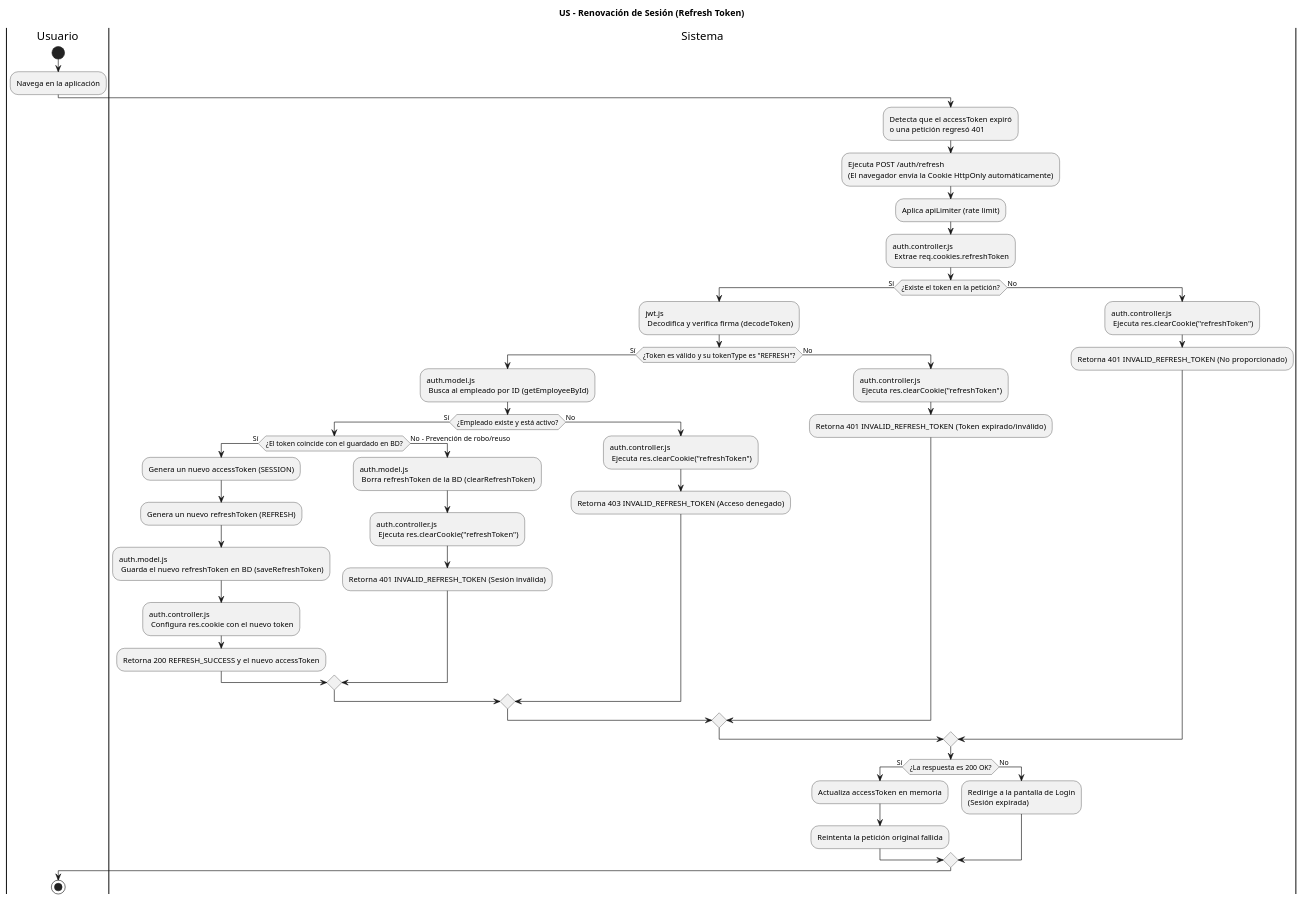
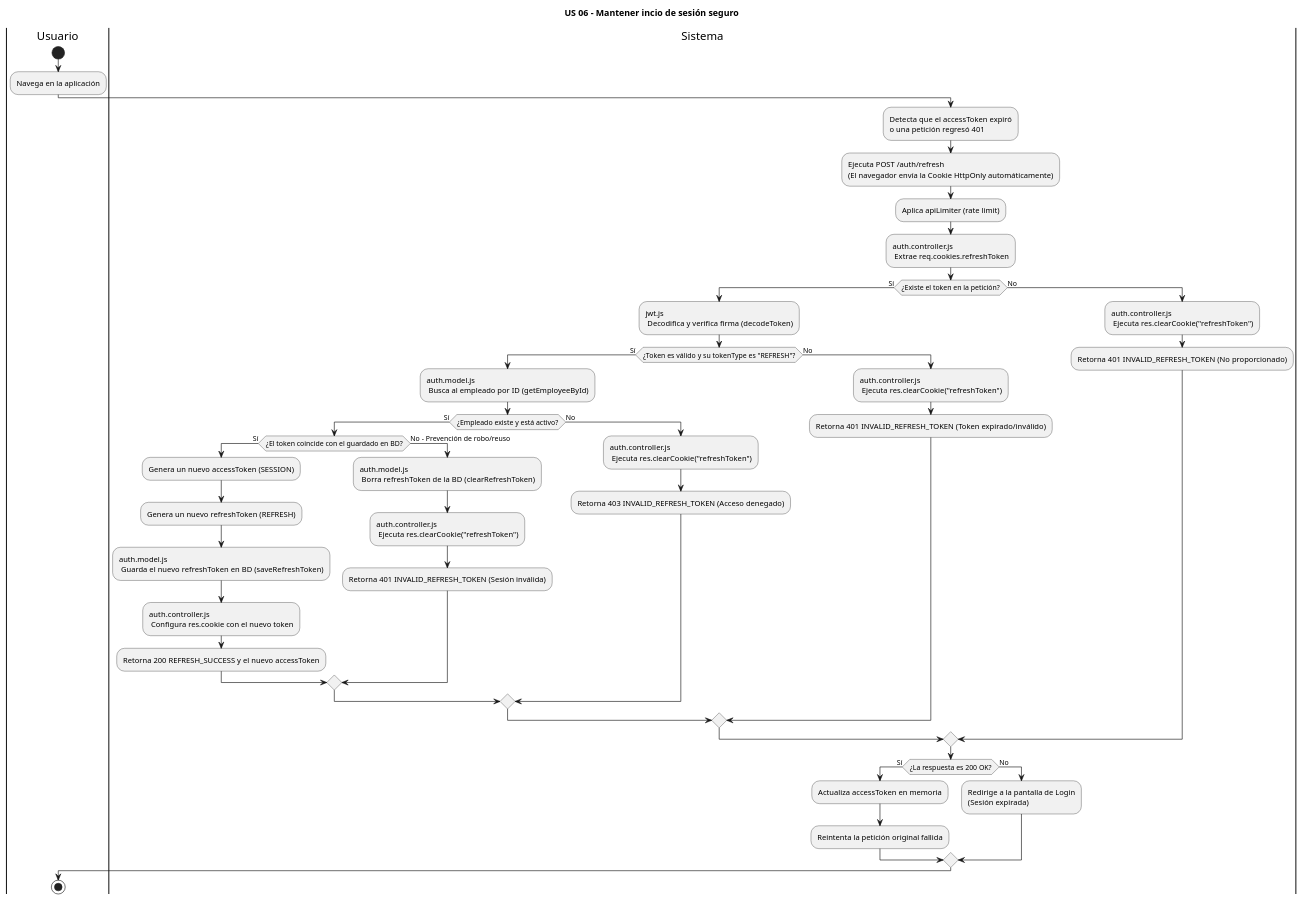
One commit to AztlanConsulting/RCHQ-Back changed the diagram in diagrams/Activity diagram/US06.puml. Above: the diagram before and after it, drawn with PlantUML.

Commit message:
fix: se corrige título del diagrama de actividad

```diff
--- a/diagrams/Activity diagram/US06.puml
+++ b/diagrams/Activity diagram/US06.puml
@@ -1,52 +1,51 @@
 @startuml
-title US - Renovación de Sesión (Refresh Token)
-
+title US 06 - Mantener incio de sesión seguro
 |Usuario|
 start
 :Navega en la aplicación;
 
 |Sistema|
 :Detecta que el accessToken expiró\no una petición regresó 401;
 :Ejecuta POST /auth/refresh\n(El navegador envía la Cookie HttpOnly automáticamente);
 :Aplica apiLimiter (rate limit);
 :auth.controller.js \n Extrae req.cookies.refreshToken;
 
 if (¿Existe el token en la petición?) then (Sí)
     :jwt.js \n Decodifica y verifica firma (decodeToken);
     if (¿Token es válido y su tokenType es "REFRESH"?) then (Sí)
         :auth.model.js \n Busca al empleado por ID (getEmployeeById);
         if (¿Empleado existe y está activo?) then (Sí)
             if (¿El token coincide con el guardado en BD?) then (Sí)
                 :Genera un nuevo accessToken (SESSION);
                 :Genera un nuevo refreshToken (REFRESH);
                 :auth.model.js \n Guarda el nuevo refreshToken en BD (saveRefreshToken);
                 :auth.controller.js \n Configura res.cookie con el nuevo token;
                 :Retorna 200 REFRESH_SUCCESS y el nuevo accessToken;
             else (No - Prevención de robo/reuso)
                 :auth.model.js \n Borra refreshToken de la BD (clearRefreshToken);
                 :auth.controller.js \n Ejecuta res.clearCookie("refreshToken");
                 :Retorna 401 INVALID_REFRESH_TOKEN (Sesión inválida);
             endif
         else (No)
             :auth.controller.js \n Ejecuta res.clearCookie("refreshToken");
             :Retorna 403 INVALID_REFRESH_TOKEN (Acceso denegado);
         endif
     else (No)
         :auth.controller.js \n Ejecuta res.clearCookie("refreshToken");
         :Retorna 401 INVALID_REFRESH_TOKEN (Token expirado/inválido);
     endif
 else (No)
     :auth.controller.js \n Ejecuta res.clearCookie("refreshToken");
     :Retorna 401 INVALID_REFRESH_TOKEN (No proporcionado);
 endif
 
 if (¿La respuesta es 200 OK?) then (Sí)
     :Actualiza accessToken en memoria;
     :Reintenta la petición original fallida;
 else (No)
     :Redirige a la pantalla de Login\n(Sesión expirada);
 endif
 
 |Usuario|
 stop
 @enduml
```
